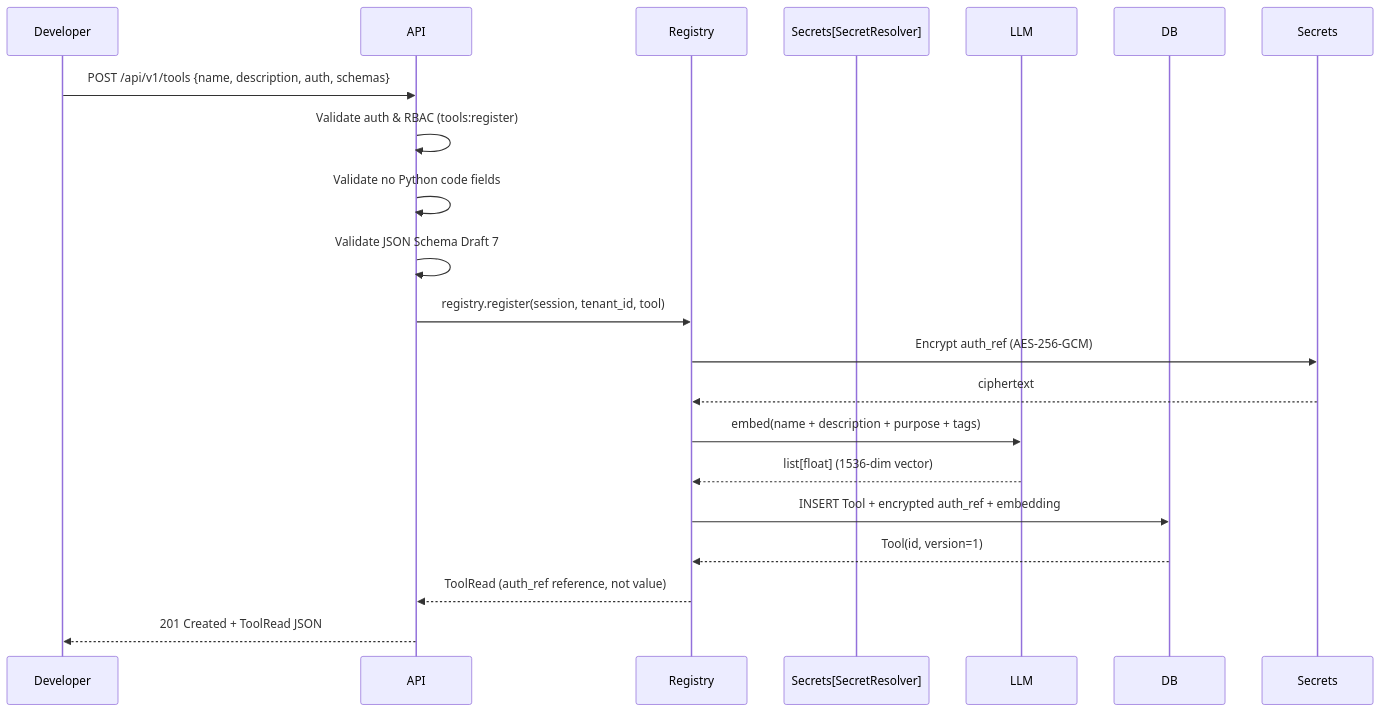
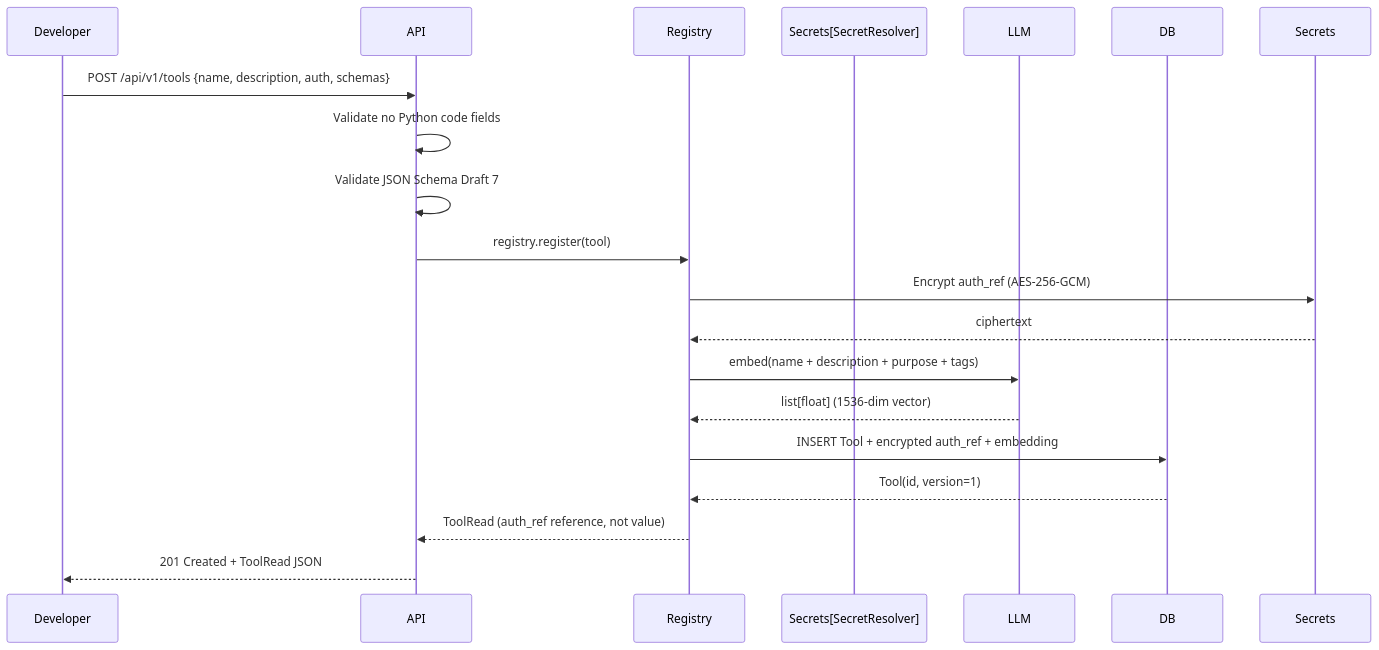
The fifth of 6 diagrams in nexus-agent/docs/architecture.md (Muhammad-Husnain07/Nexus-Agent), drawn with Mermaid before and after one commit. The commit also changed other lines of this file and 1 other file, not shown here.

Commit message:
docs: rewrite AGENTS.md and architecture.md to reflect DAG-based architecture

````diff
--- a/nexus-agent/docs/architecture.md
+++ b/nexus-agent/docs/architecture.md
@@ -161,23 +175,22 @@
 ```mermaid
 sequenceDiagram
     participant Developer
     participant API
     participant Registry
     participant Secrets[SecretResolver]
     participant LLM
     participant DB
 
     Developer->>API: POST /api/v1/tools {name, description, auth, schemas}
-    API->>API: Validate auth & RBAC (tools:register)
     API->>API: Validate no Python code fields
     API->>API: Validate JSON Schema Draft 7
-    API->>Registry: registry.register(session, tenant_id, tool)
+    API->>Registry: registry.register(tool)
     Registry->>Secrets: Encrypt auth_ref (AES-256-GCM)
     Secrets-->>Registry: ciphertext
     Registry->>LLM: embed(name + description + purpose + tags)
     LLM-->>Registry: list[float] (1536-dim vector)
     Registry->>DB: INSERT Tool + encrypted auth_ref + embedding
     DB-->>Registry: Tool(id, version=1)
     Registry-->>API: ToolRead (auth_ref reference, not value)
     API-->>Developer: 201 Created + ToolRead JSON
 ```
````
